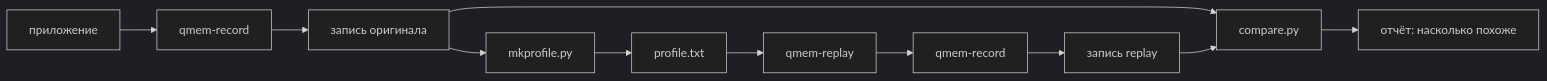
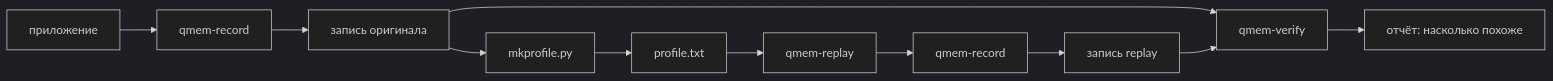
Before and after one commit to DanLyss/qmem: the diagram in docs/modules/replay.md, drawn with Mermaid (dark theme). The commit also changed other lines of this file and 5 other files, not shown here.

First line of the commit message:
verify: V1 - comparison moves from tools/compare.py to verify/

````diff
--- a/docs/modules/replay.md
+++ b/docs/modules/replay.md
@@ -16,13 +16,13 @@
 ```mermaid
 flowchart LR
     App["приложение"] --> Rec1["qmem-record"]
     Rec1 --> R1["запись оригинала"]
     R1 --> MK["mkprofile.py"]
     MK --> P["profile.txt"]
     P --> RP["qmem-replay"]
     RP --> Rec2["qmem-record"]
     Rec2 --> R2["запись replay"]
-    R1 --> CMP["compare.py"]
+    R1 --> CMP["qmem-verify"]
     R2 --> CMP
     CMP --> Rep["отчёт: насколько похоже"]
 ```
````
